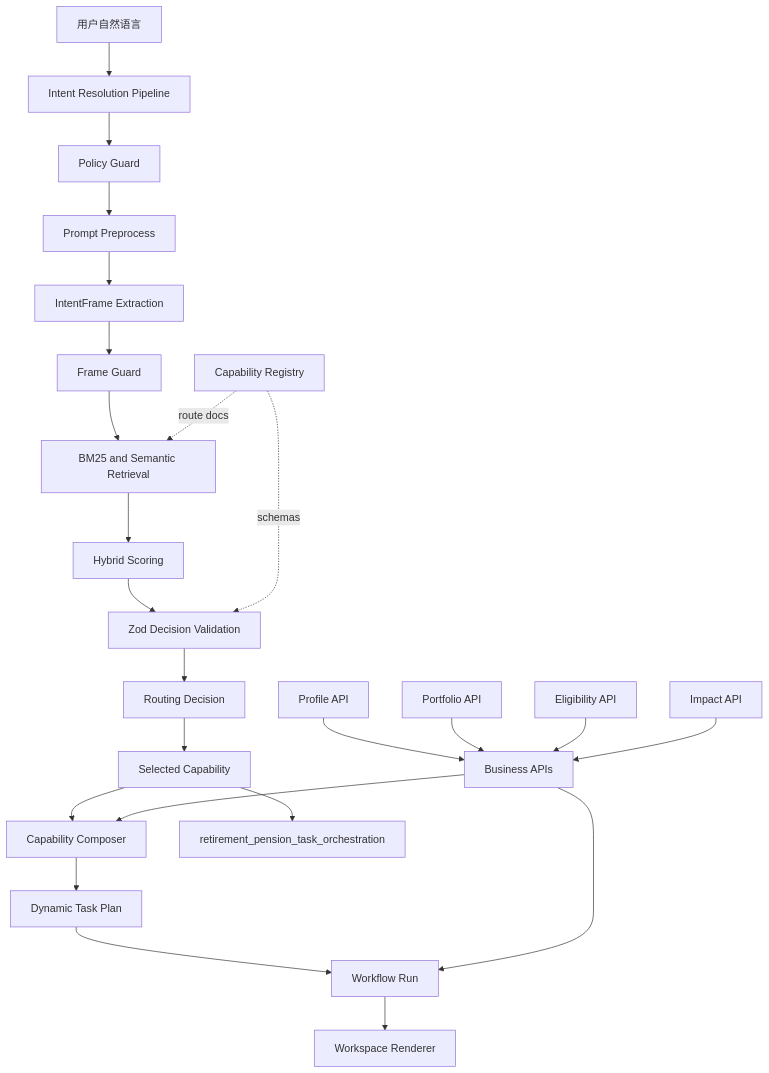
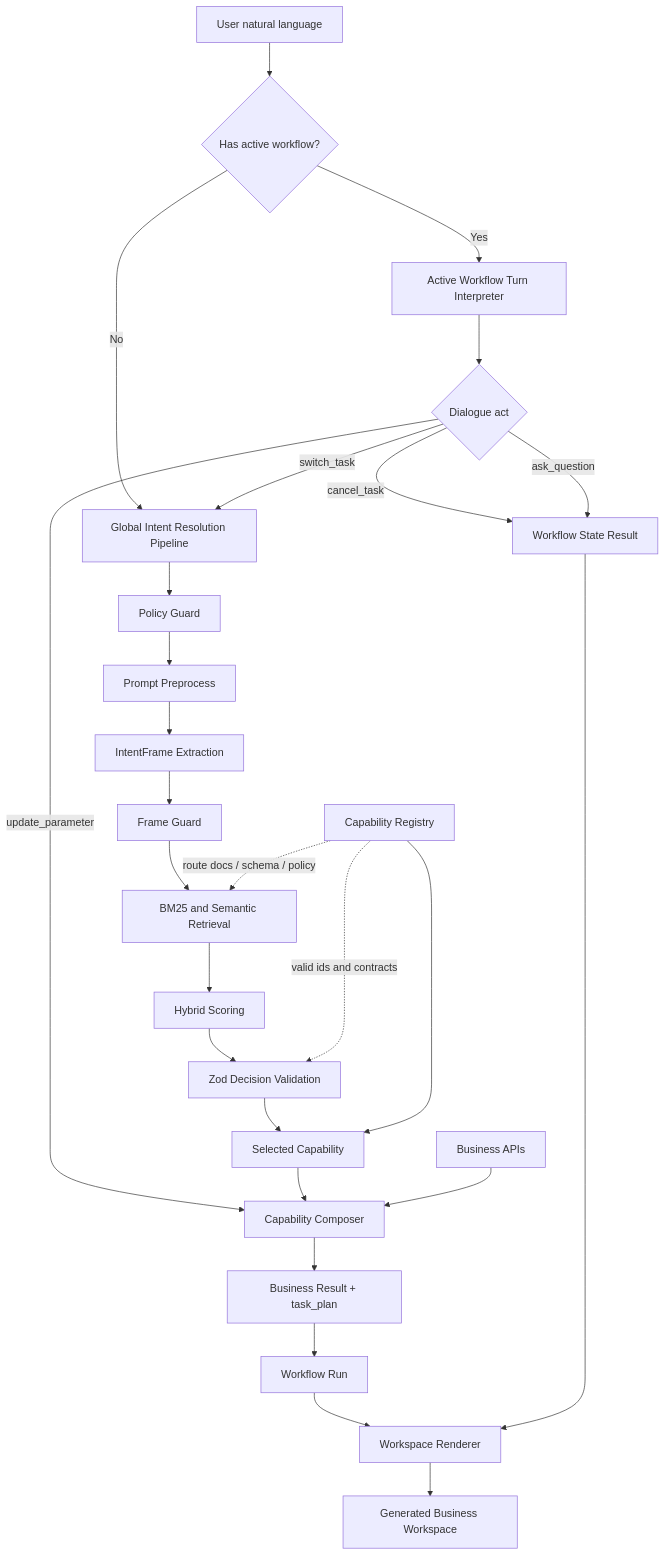
One commit to ceociocto/agent-bridge changed the diagram in docs/agentic-web-pension-demo-walkthrough.md. Above: the diagram before and after it, drawn with Mermaid. The commit also changed other lines of this file and 5 other files, not shown here.

Commit message:
Make pension demo workflow-driven

````diff
--- a/docs/agentic-web-pension-demo-walkthrough.md
+++ b/docs/agentic-web-pension-demo-walkthrough.md
@@ -41,31 +75,35 @@
 ```mermaid
 flowchart TD
-  A["用户自然语言"] --> B["Intent Resolution Pipeline"]
+  A["User natural language"] --> B{"Has active workflow?"}
 
-  B --> B1["Policy Guard"]
-  B1 --> B2["Prompt Preprocess"]
-  B2 --> B3["IntentFrame Extraction"]
-  B3 --> B4["Frame Guard"]
-  B4 --> B5["BM25 and Semantic Retrieval"]
-  B5 --> B6["Hybrid Scoring"]
-  B6 --> B7["Zod Decision Validation"]
-  B7 --> B8["Routing Decision"]
+  B -- "No" --> C["Global Intent Resolution Pipeline"]
+  B -- "Yes" --> T["Active Workflow Turn Interpreter"]
 
-  C["Capability Registry"] -. "route docs" .-> B5
-  C -. "schemas" .-> B7
+  T --> T1{"Dialogue act"}
+  T1 -- "update_parameter" --> E["Capability Composer"]
+  T1 -- "cancel_task" --> WS["Workflow State Result"]
+  T1 -- "ask_question" --> WS
+  T1 -- "switch_task" --> C
 
-  B8 --> D["Selected Capability"]
-  D --> E["Capability Composer"]
-  E --> F["Dynamic Task Plan"]
+  C --> C1["Policy Guard"]
+  C1 --> C2["Prompt Preprocess"]
+  C2 --> C3["IntentFrame Extraction"]
+  C3 --> C4["Frame Guard"]
+  C4 --> C5["BM25 and Semantic Retrieval"]
+  C5 --> C6["Hybrid Scoring"]
+  C6 --> C7["Zod Decision Validation"]
+  C7 --> D["Selected Capability"]
+
+  R["Capability Registry"] -. "route docs / schema / policy" .-> C5
+  R -. "valid ids and contracts" .-> C7
+  R --> D
+
+  D --> E
+  API["Business APIs"] --> E
+  E --> F["Business Result + task_plan"]
   F --> G["Workflow Run"]
   G --> H["Workspace Renderer"]
+  WS --> H
 
-  I["Business APIs"] --> E
-  I --> G
-  I1["Profile API"] --> I
-  I2["Portfolio API"] --> I
-  I3["Eligibility API"] --> I
-  I4["Impact API"] --> I
-
-  D --> J["retirement_pension_task_orchestration"]
+  H --> UI["Generated Business Workspace"]
 ```
````
